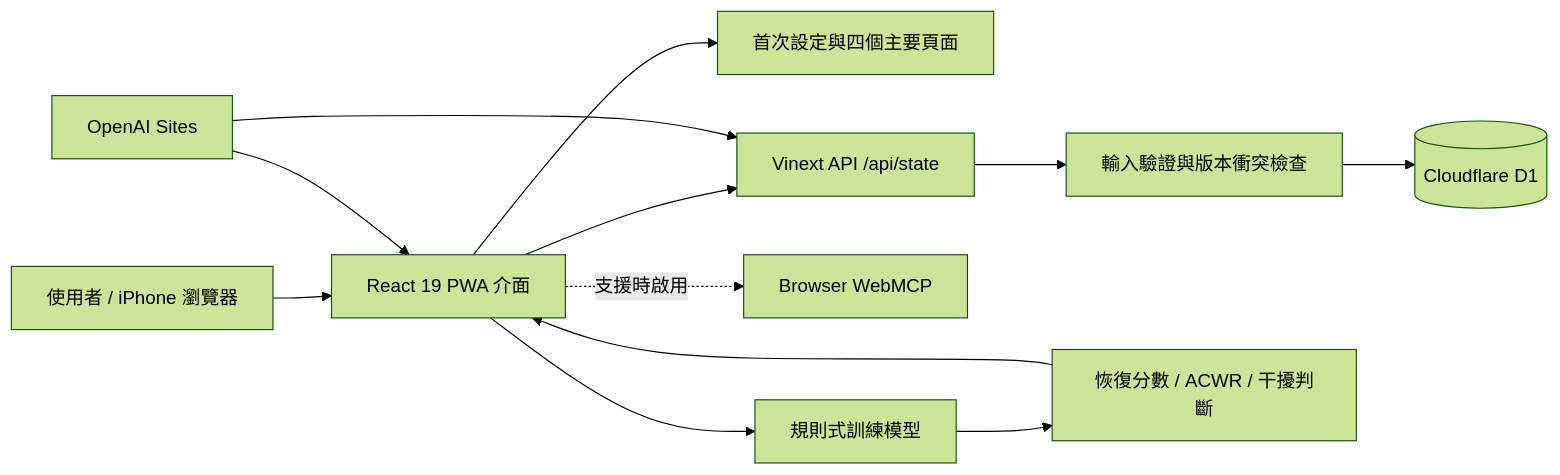
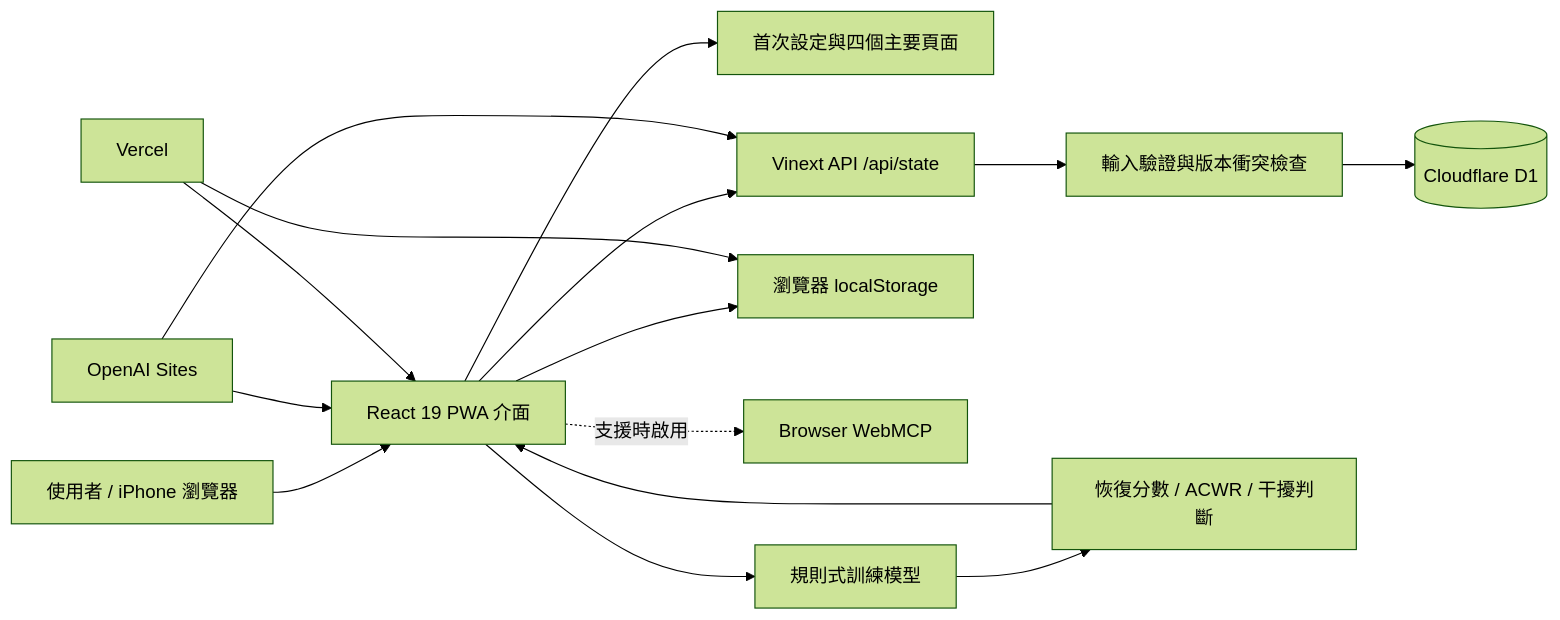
Before and after one commit to JimmyHungX/trirox: the diagram in README.md, drawn with Mermaid (forest theme). The commit also changed other lines of this file and 8 other files, not shown here.

````diff
--- a/README.md
+++ b/README.md
@@ -27,14 +27,17 @@
 ```mermaid
 flowchart LR
     U[使用者 / iPhone 瀏覽器] --> P[React 19 PWA 介面]
     P --> O[首次設定與四個主要頁面]
     P --> A[Vinext API /api/state]
+    P --> L[瀏覽器 localStorage]
     P -. 支援時啟用 .-> W[Browser WebMCP]
     A --> V[輸入驗證與版本衝突檢查]
     V --> D[(Cloudflare D1)]
     P --> M[規則式訓練模型]
     M --> R[恢復分數 / ACWR / 干擾判斷]
     R --> P
     S[OpenAI Sites] --> P
     S --> A
+    E[Vercel] --> P
+    E --> L
 ```
````
